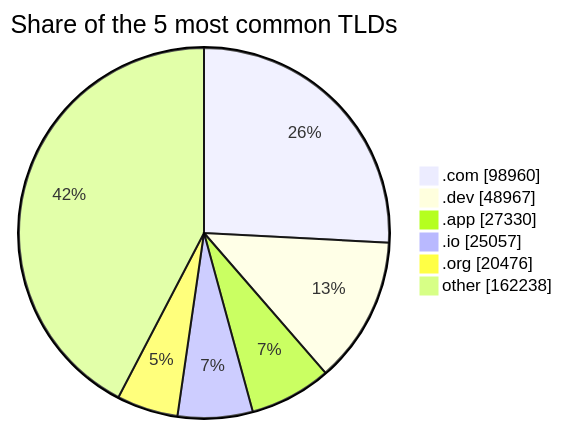
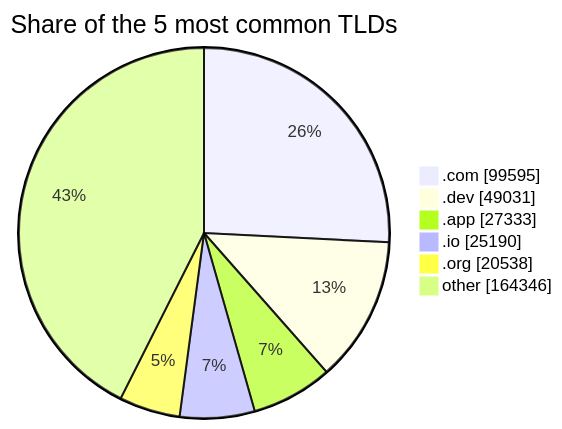
Before and after one commit to DNSBunker/CTI: the third of 3 diagrams in README.md, drawn with Mermaid. The commit also changed other lines of this file and 3 other files, not shown here.

````diff
--- a/README.md
+++ b/README.md
@@ -81,9 +81,9 @@
 ```mermaid
 pie showData title Share of the 5 most common TLDs
-    ".com" : 98960
-    ".dev" : 48967
-    ".app" : 27330
-    ".io" : 25057
-    ".org" : 20476
-    "other" : 162238
+    ".com" : 99595
+    ".dev" : 49031
+    ".app" : 27333
+    ".io" : 25190
+    ".org" : 20538
+    "other" : 164346
 ```
````
